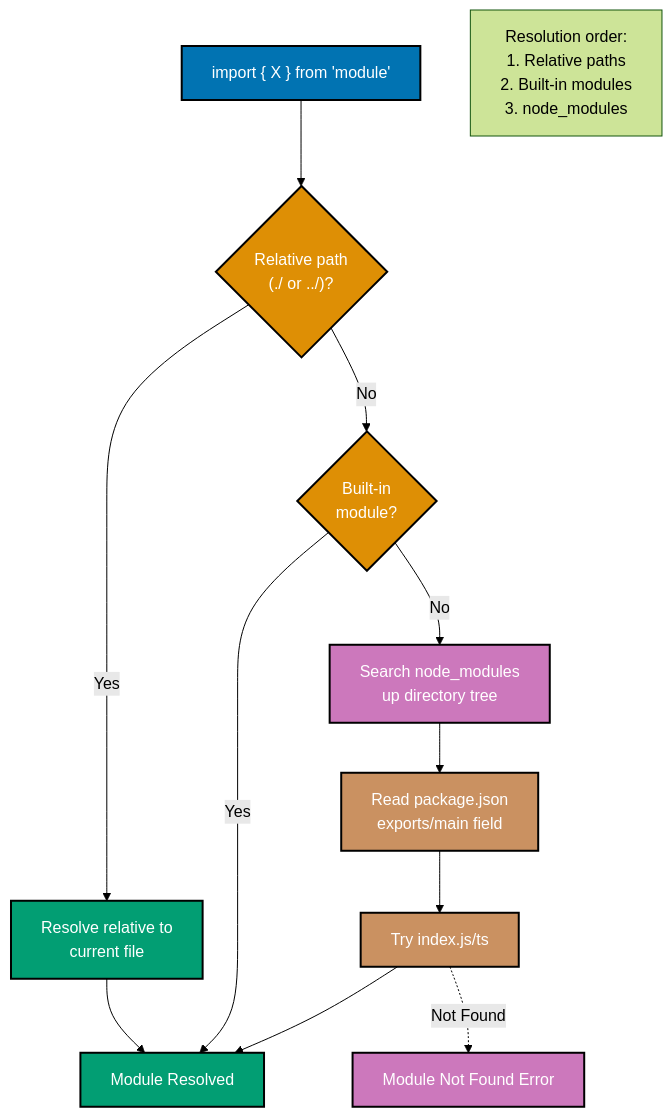
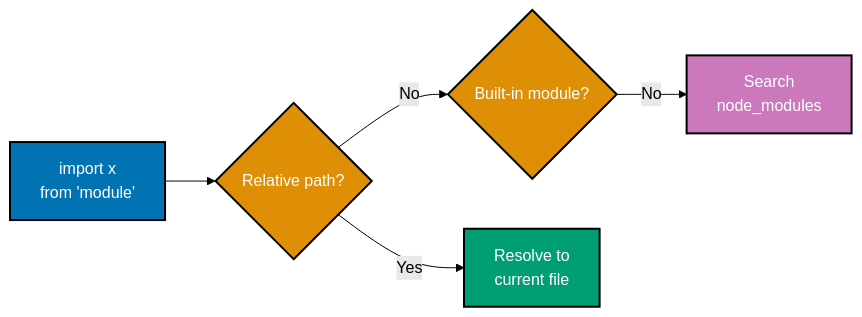
Before and after one commit to wahidyankf/ose-primer: the sixth of 8 diagrams in docs/explanation/software-engineering/programming-languages/typescript/modules-and-dependencies.md, drawn with Mermaid (forest theme). The commit also changed other lines of this file and 16 other files, not shown here.

Commit message:
fix(docs): fix mermaid violations in typescript/ docs (batch 1/10)

````diff
--- a/docs/explanation/software-engineering/programming-languages/typescript/modules-and-dependencies.md
+++ b/docs/explanation/software-engineering/programming-languages/typescript/modules-and-dependencies.md
@@ -266,32 +267,19 @@
 ```mermaid
 %% Color Palette: Blue #0173B2, Orange #DE8F05, Teal #029E73, Purple #CC78BC, Brown #CA9161
-graph TD
-    Import["import { X } from 'module'"]:::blue
-    Relative{"Relative path<br/>#40;./ or ../#41;?"}:::orange
-    Builtin{"Built-in<br/>module?"}:::orange
-    LocalFile["Resolve relative to<br/>current file"]:::teal
-    NodeModules["Search node_modules<br/>up directory tree"]:::purple
-    PackageJson["Read package.json<br/>exports/main field"]:::brown
-    IndexFile["Try index.js/ts"]:::brown
-    Success["Module Resolved"]:::teal
-    Error["Module Not Found Error"]:::purple
+graph LR
+    Import["import x<br/>from 'module'"]:::blue
+    Relative{"Relative path?"}:::orange
+    Builtin{"Built-in module?"}:::orange
+    LocalFile["Resolve to<br/>current file"]:::teal
+    NodeModules["Search<br/>node_modules"]:::purple
 
     Import --> Relative
     Relative -->|Yes| LocalFile
     Relative -->|No| Builtin
-    Builtin -->|Yes| Success
     Builtin -->|No| NodeModules
-    LocalFile --> Success
-    NodeModules --> PackageJson
-    PackageJson --> IndexFile
-    IndexFile --> Success
-    IndexFile -.->|Not Found| Error
-
-    Note1["Resolution order:<br/>1. Relative paths<br/>2. Built-in modules<br/>3. node_modules"]
 
     classDef blue fill:#0173B2,stroke:#000000,color:#FFFFFF,stroke-width:2px
     classDef orange fill:#DE8F05,stroke:#000000,color:#FFFFFF,stroke-width:2px
     classDef teal fill:#029E73,stroke:#000000,color:#FFFFFF,stroke-width:2px
     classDef purple fill:#CC78BC,stroke:#000000,color:#FFFFFF,stroke-width:2px
-    classDef brown fill:#CA9161,stroke:#000000,color:#FFFFFF,stroke-width:2px
 ```
````
